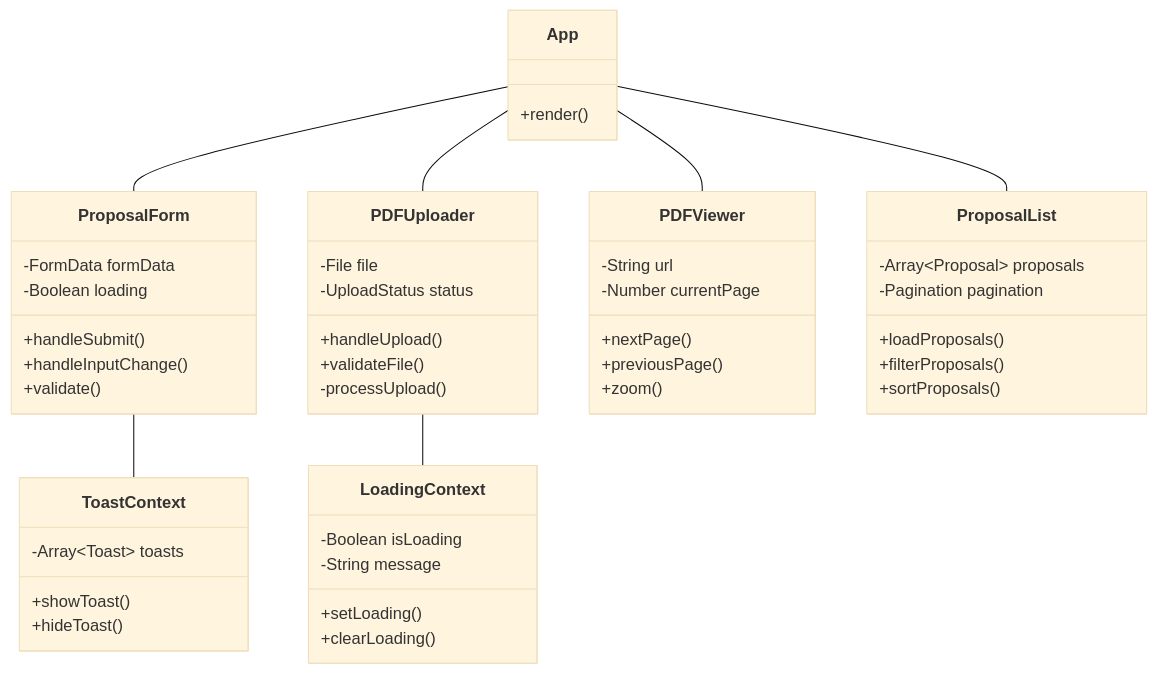
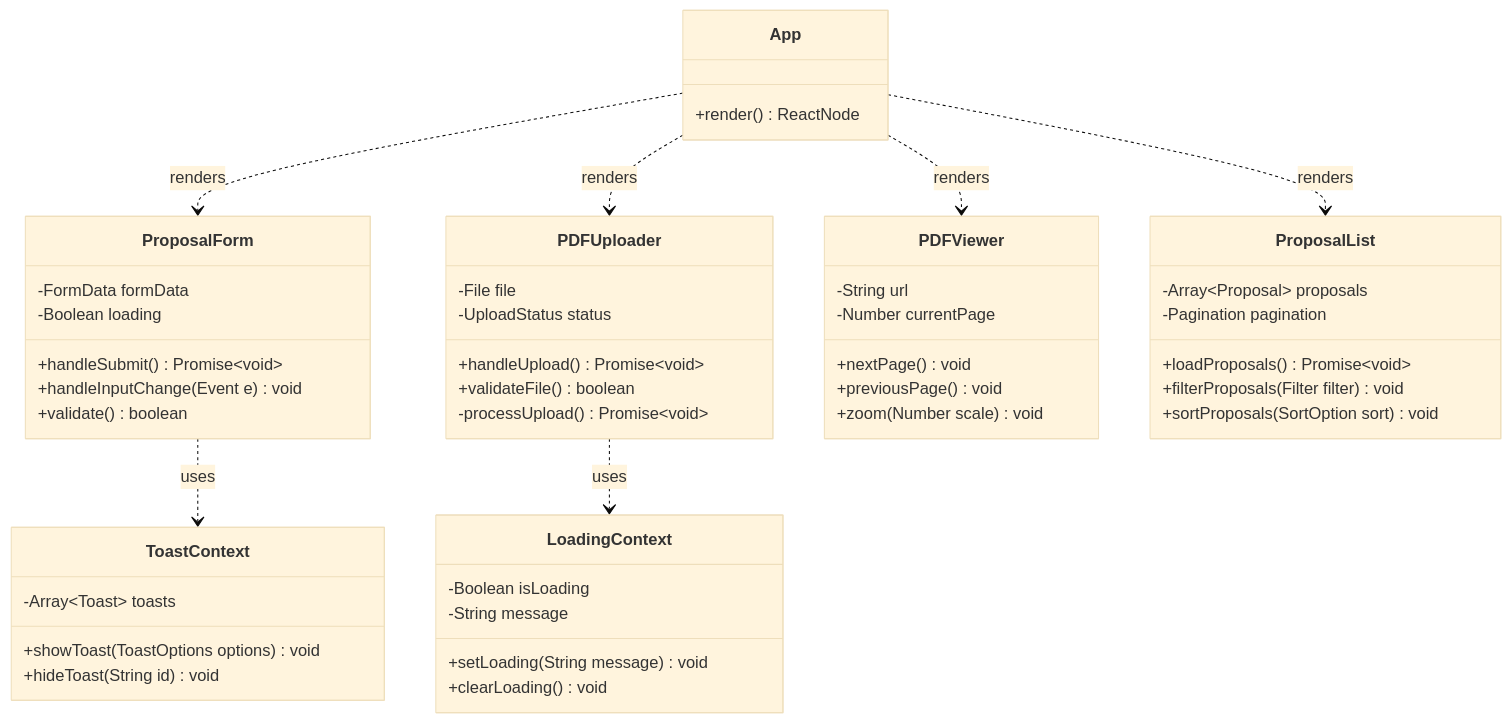
The second of 2 diagrams in doc/class_diagram.md (thespamer/propos4l), drawn with Mermaid (base theme) before and after one commit. The commit also changed other lines of this file and 37 other files, not shown here.

````diff
--- a/doc/class_diagram.md
+++ b/doc/class_diagram.md
@@ -91,58 +94,61 @@
 ```mermaid
 classDiagram
+    direction TB
+
     class App {
-        +render()
+        +render() ReactNode
     }
 
     class ProposalForm {
         -FormData formData
         -Boolean loading
-        +handleSubmit()
-        +handleInputChange()
-        +validate()
+        +handleSubmit() Promise~void~
+        +handleInputChange(Event e) void
+        +validate() boolean
     }
 
     class PDFUploader {
         -File file
         -UploadStatus status
-        +handleUpload()
-        +validateFile()
-        -processUpload()
+        +handleUpload() Promise~void~
+        +validateFile() boolean
+        -processUpload() Promise~void~
     }
 
     class PDFViewer {
         -String url
         -Number currentPage
-        +nextPage()
-        +previousPage()
-        +zoom()
+        +nextPage() void
+        +previousPage() void
+        +zoom(Number scale) void
     }
 
     class ProposalList {
         -Array~Proposal~ proposals
         -Pagination pagination
-        +loadProposals()
-        +filterProposals()
-        +sortProposals()
+        +loadProposals() Promise~void~
+        +filterProposals(Filter filter) void
+        +sortProposals(SortOption sort) void
     }
 
     class ToastContext {
         -Array~Toast~ toasts
-        +showToast()
-        +hideToast()
+        +showToast(ToastOptions options) void
+        +hideToast(String id) void
     }
 
     class LoadingContext {
         -Boolean isLoading
         -String message
-        +setLoading()
-        +clearLoading()
+        +setLoading(String message) void
+        +clearLoading() void
     }
 
-    App -- ProposalForm
-    App -- PDFUploader
-    App -- PDFViewer
-    App -- ProposalList
-    ProposalForm -- ToastContext
-    PDFUploader -- LoadingContext
+    %% Relationships
+    App ..> ProposalForm : renders
+    App ..> PDFUploader : renders
+    App ..> PDFViewer : renders
+    App ..> ProposalList : renders
+    ProposalForm ..> ToastContext : uses
+    PDFUploader ..> LoadingContext : uses
 ```
````
